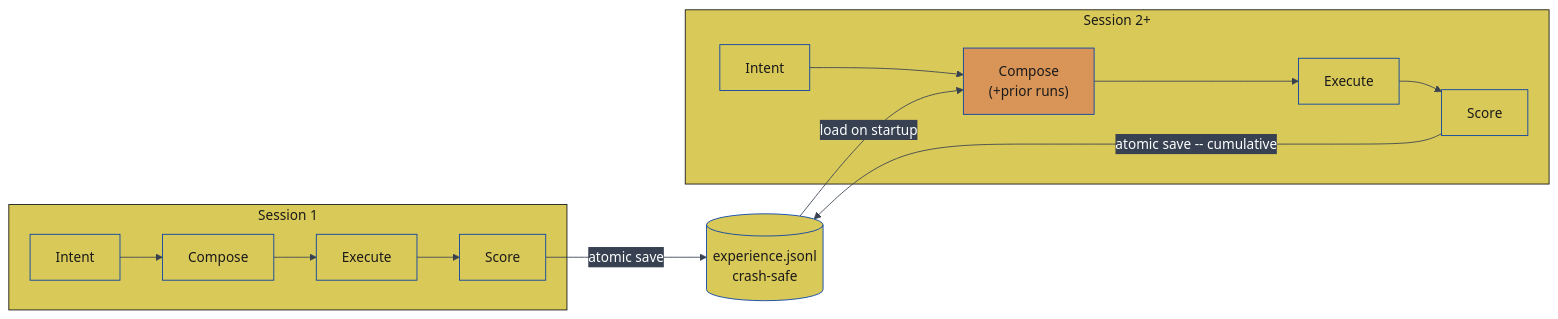
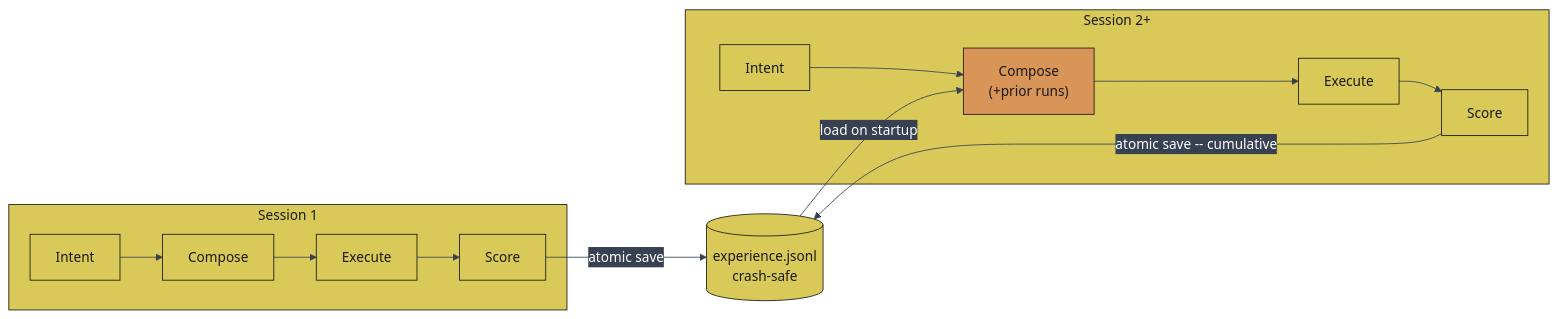
One commit to JosephOIbrahim/Comfy-Cozy changed diagram 11 of 27 in README.md. Above: the diagram before and after it, drawn with Mermaid. The commit also changed other lines of this file, not shown here.

First line of the commit message:
[DOCS] Convert mermaid styling to classDef for reliable GitHub rendering

````diff
--- a/README.md
+++ b/README.md
@@ -672,25 +641,18 @@
 ```mermaid
 %%{init: {'theme':'base','themeVariables': {'primaryColor':'#0066FF','primaryTextColor':'#ffffff','primaryBorderColor':'#003eaa','lineColor':'#374151','secondaryColor':'#374151','tertiaryColor':'#1f2937','fontFamily':'monospace'}}}%%
 graph LR
     subgraph Session1 ["Session 1"]
         I1["Intent"] --> C1["Compose"] --> E1["Execute"] --> S1["Score"]
     end
     subgraph Session2 ["Session 2+"]
         I2["Intent"] --> C2["Compose<br/>(+prior runs)"] --> E2["Execute"] --> S2["Score"]
     end
     S1 -->|"atomic save"| JSONL[("experience.jsonl<br/>crash-safe")]
     JSONL -->|"load on startup"| C2
     S2 -->|"atomic save -- cumulative"| JSONL
 
-    style JSONL fill:#d9c958,color:#1a1a1a
-    style C2 fill:#d99458,color:#1a1a1a
-    style Session1 fill:#d9c958,color:#1a1a1a
-    style I1 fill:#d9c958,color:#1a1a1a
-    style C1 fill:#d9c958,color:#1a1a1a
-    style E1 fill:#d9c958,color:#1a1a1a
-    style S1 fill:#d9c958,color:#1a1a1a
-    style Session2 fill:#d9c958,color:#1a1a1a
-    style I2 fill:#d9c958,color:#1a1a1a
-    style E2 fill:#d9c958,color:#1a1a1a
-    style S2 fill:#d9c958,color:#1a1a1a
+    classDef orange fill:#d99458,color:#1a1a1a,stroke:#1a1a1a
+    classDef yellow fill:#d9c958,color:#1a1a1a,stroke:#1a1a1a
+    class C2 orange
+    class JSONL,Session1,I1,C1,E1,S1,Session2,I2,E2,S2 yellow
 ```
````
